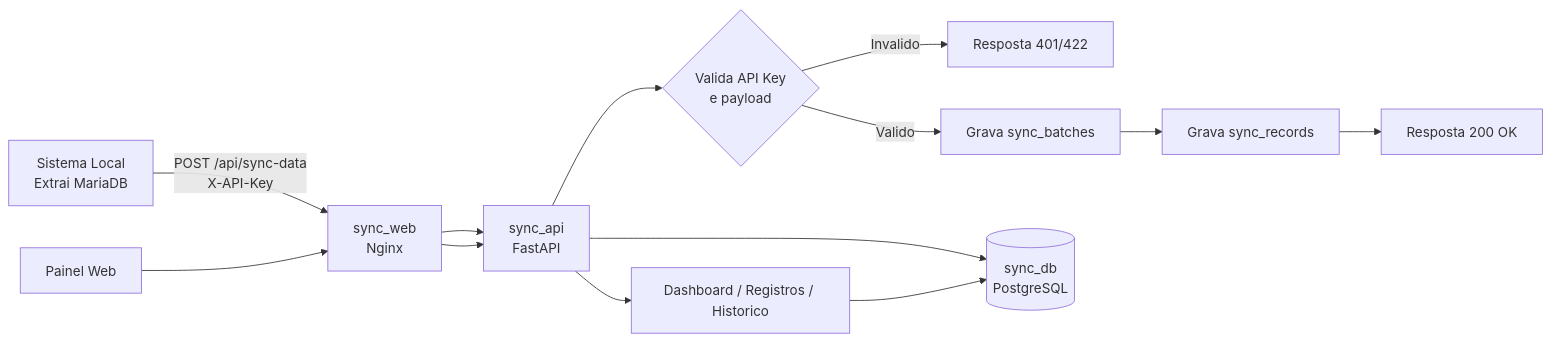
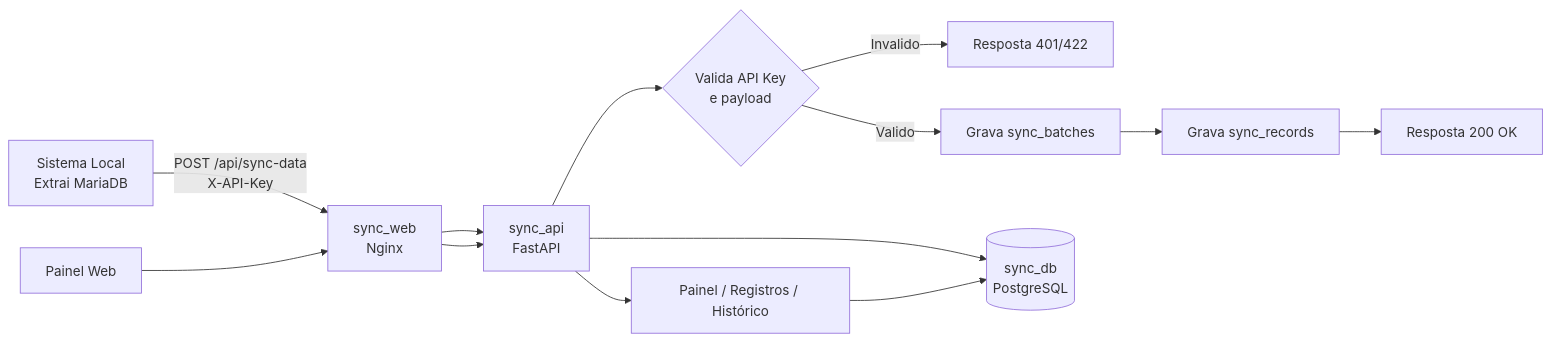
One commit to RodrigoTejada41/INTEGRADO_WEB_XD changed the first of 3 diagrams in sync-admin/docs/13-FLUXOGRAMA-ATUAL.md. Above: the diagram before and after it, drawn with Mermaid. The commit also changed other lines of this file and 3 other files, not shown here.

````diff
--- a/sync-admin/docs/13-FLUXOGRAMA-ATUAL.md
+++ b/sync-admin/docs/13-FLUXOGRAMA-ATUAL.md
@@ -5,15 +5,15 @@
 ```mermaid
 flowchart LR
     A[Sistema Local<br/>Extrai MariaDB] -->|POST /api/sync-data<br/>X-API-Key| B[sync_web<br/>Nginx]
     B --> C[sync_api<br/>FastAPI]
     C --> D{Valida API Key<br/>e payload}
     D -->|Invalido| E[Resposta 401/422]
     D -->|Valido| F[Grava sync_batches]
     F --> G[Grava sync_records]
     G --> H[Resposta 200 OK]
     C --> I[(sync_db<br/>PostgreSQL)]
     J[Painel Web] --> B
     B --> C
-    C --> K[Dashboard / Registros / Historico]
+    C --> K[Painel / Registros / Histórico]
     K --> I
 ```
````
